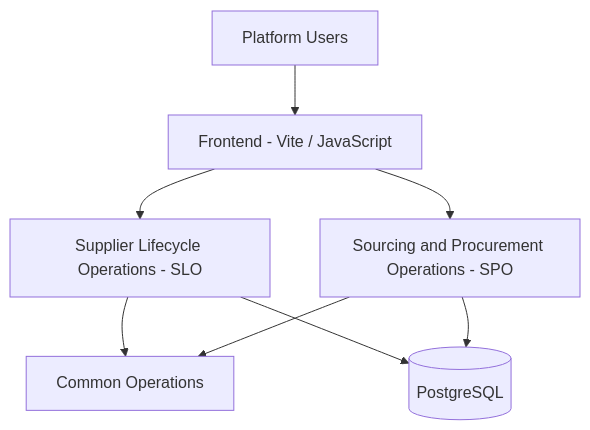
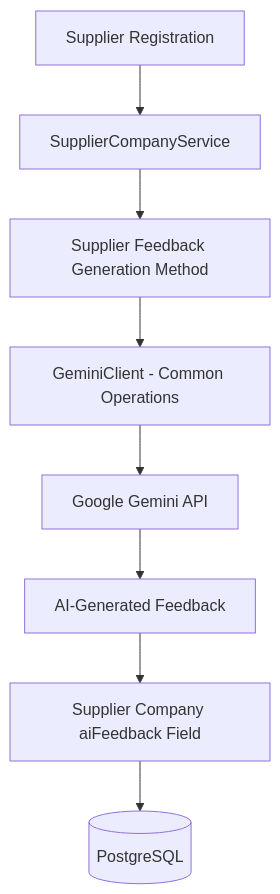
The third of 3 diagrams in README.md (Isha0016/ProcureAxis), drawn with Mermaid before and after one commit. The commit also changed other lines of this file, not shown here.

````diff
--- a/README.md
+++ b/README.md
@@ -59,13 +431,10 @@
 ```mermaid
 flowchart TD
-    U[Platform Users] --> FE[Frontend - Vite / JavaScript]
-
-    FE --> SLO[Supplier Lifecycle Operations - SLO]
-    FE --> SPO[Sourcing and Procurement Operations - SPO]
-
-    SLO --> COMMON[Common Operations]
-    SPO --> COMMON
-
-    SLO --> DB[(PostgreSQL)]
-    SPO --> DB
+    A[Supplier Registration] --> B[SupplierCompanyService]
+    B --> C[Supplier Feedback Generation Method]
+    C --> D[GeminiClient - Common Operations]
+    D --> E[Google Gemini API]
+    E --> F[AI-Generated Feedback]
+    F --> G[Supplier Company aiFeedback Field]
+    G --> H[(PostgreSQL)]
 ```
````
